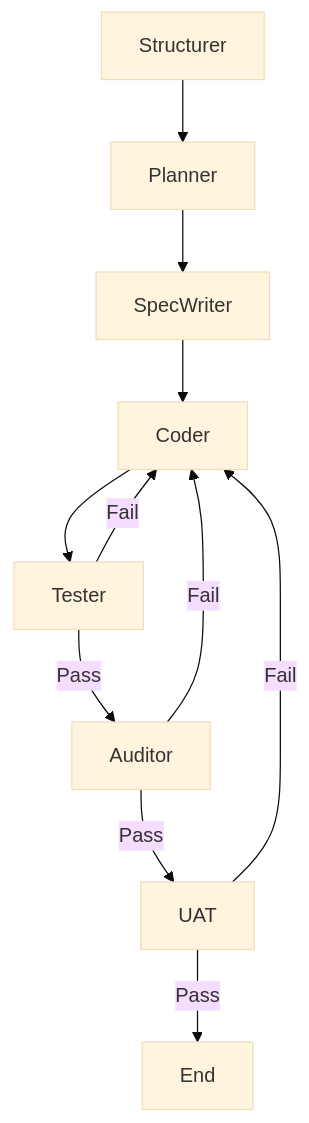
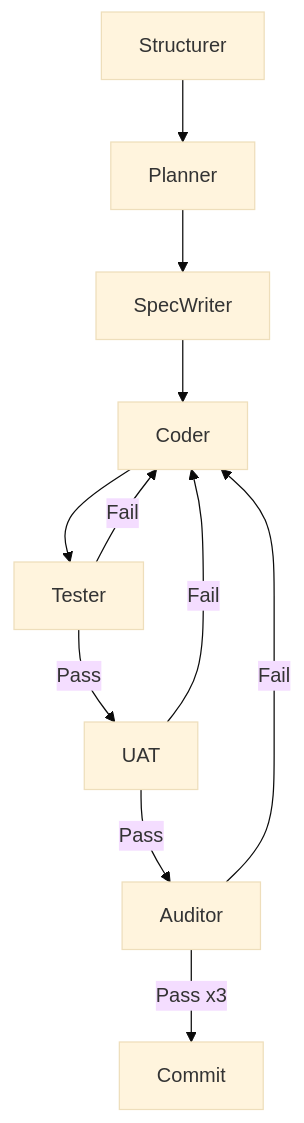
One commit to tsuyama1990/annoying_adversarial_auditors changed the diagram in README.md. Above: the diagram before and after it, drawn with Mermaid (base theme). The commit also changed other lines of this file and 5 other files, not shown here.

````diff
--- a/README.md
+++ b/README.md
@@ -10,13 +10,13 @@
 ```mermaid
 graph TD
     Structurer --> Planner
     Planner --> SpecWriter
     SpecWriter --> Coder
     Coder --> Tester
     Tester -- Fail --> Coder
-    Tester -- Pass --> Auditor
+    Tester -- Pass --> UAT
+    UAT -- Fail --> Coder
+    UAT -- Pass --> Auditor
     Auditor -- Fail --> Coder
-    Auditor -- Pass --> UAT
-    UAT -- Fail --> Coder
-    UAT -- Pass --> End
+    Auditor -- Pass x3 --> Commit
 ```
````
